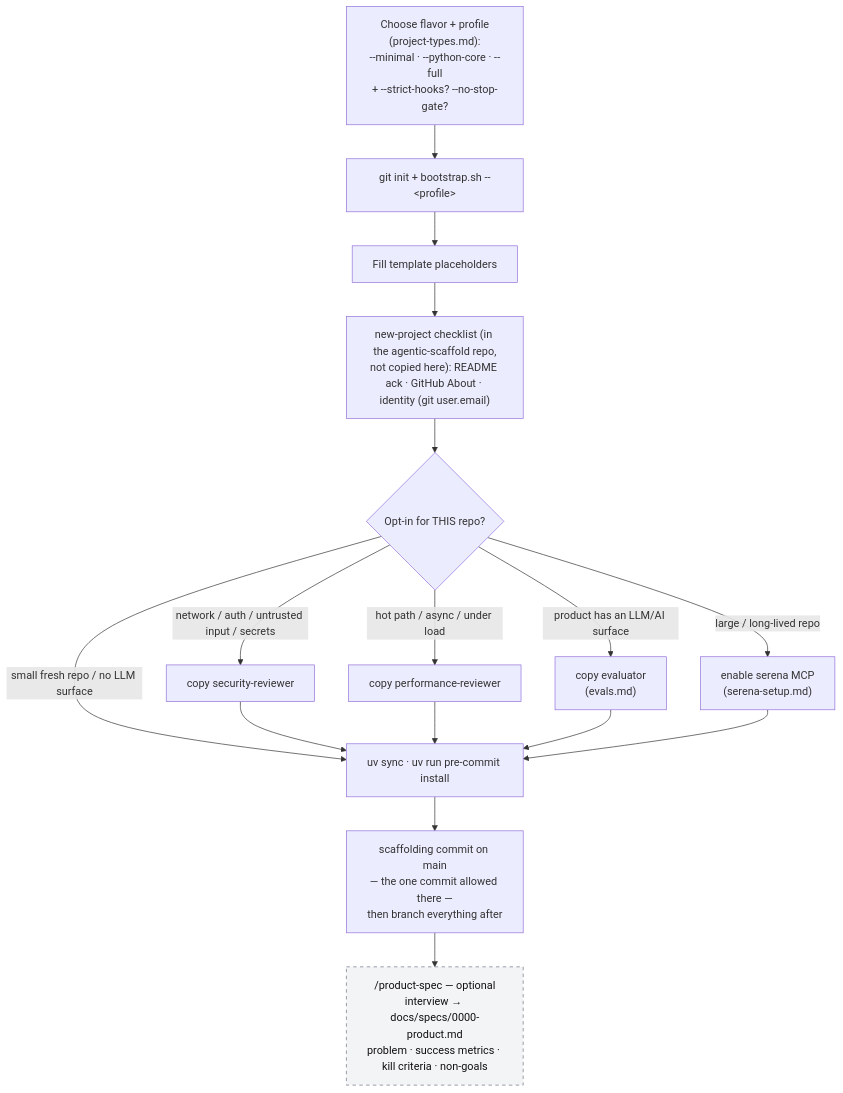
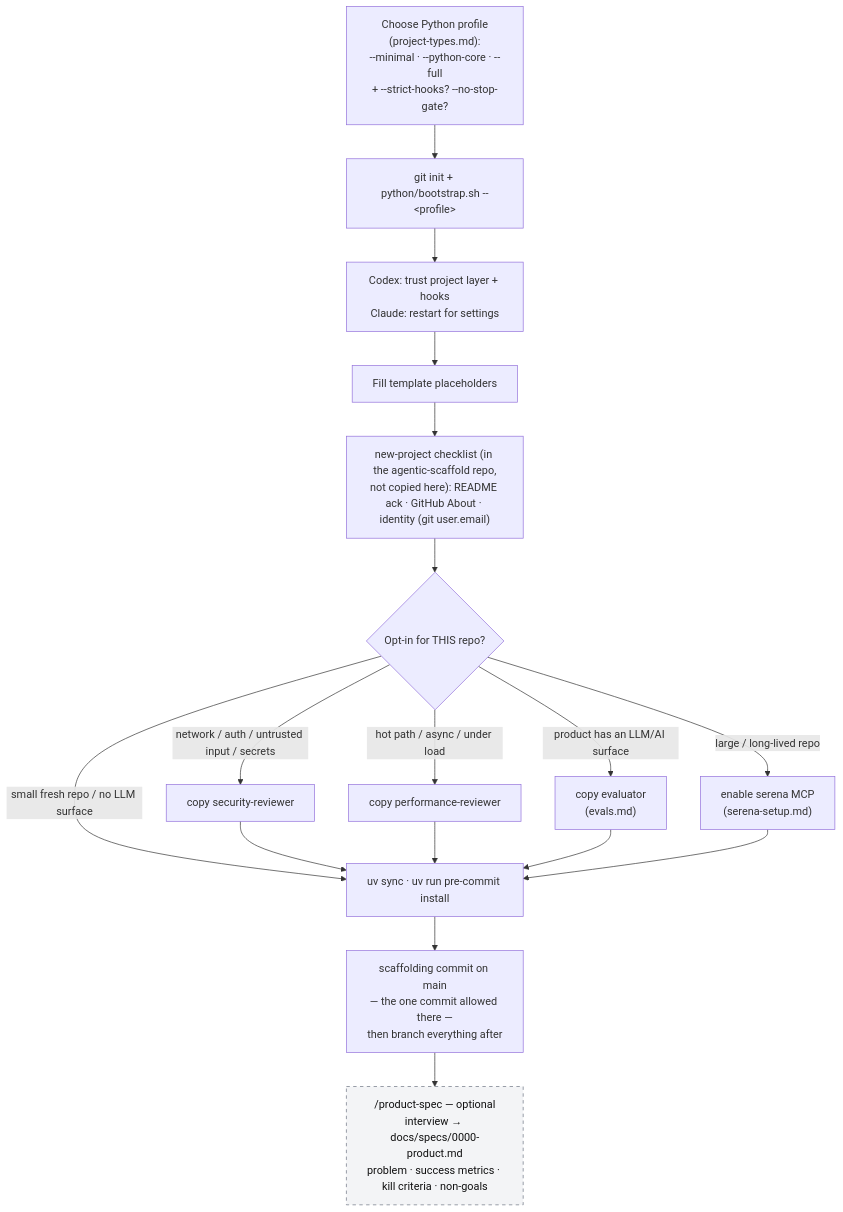
The second of 6 diagrams in python/docs/workflow-diagram.md (bbirkinbine/agentic-scaffold), drawn with Mermaid before and after one commit. The commit also changed other lines of this file and 134 other files, not shown here.

First line of the commit message:
Make the scaffold portable across Claude Code and Codex (#13)

````diff
--- a/python/docs/workflow-diagram.md
+++ b/python/docs/workflow-diagram.md
@@ -71,21 +72,22 @@
 ```mermaid
 flowchart TD
-    A0["Choose flavor + profile<br/>(project-types.md):<br/>--minimal · --python-core · --full<br/>+ --strict-hooks? --no-stop-gate?"] --> A["git init + bootstrap.sh --&lt;profile&gt;"]
-    A --> B["Fill template placeholders"]
+    A0["Choose Python profile<br/>(project-types.md):<br/>--minimal · --python-core · --full<br/>+ --strict-hooks? --no-stop-gate?"] --> A["git init + python/bootstrap.sh --&lt;profile&gt;"]
+    A --> A1["Codex: trust project layer + hooks<br/>Claude: restart for settings"]
+    A1 --> B["Fill template placeholders"]
     B --> C["new-project checklist (in the agentic-scaffold repo,<br/>not copied here): README ack · GitHub About · identity (git user.email)"]
     C --> D{"Opt-in for THIS repo?"}
     D -->|"network / auth / untrusted input / secrets"| D1["copy security-reviewer"]
     D -->|"hot path / async / under load"| D2["copy performance-reviewer"]
     D -->|"product has an LLM/AI surface"| D4["copy evaluator<br/>(evals.md)"]
     D -->|"large / long-lived repo"| D3["enable serena MCP<br/>(serena-setup.md)"]
     D -->|"small fresh repo / no LLM surface"| E
     D1 --> E
     D2 --> E
     D4 --> E
     D3 --> E
     E["uv sync · uv run pre-commit install"] --> F["scaffolding commit on main<br/>— the one commit allowed there —<br/>then branch everything after"]
     F --> G["/product-spec — optional<br/>interview → docs/specs/0000-product.md<br/>problem · success metrics · kill criteria · non-goals"]
 
     classDef optional fill:#f3f4f6,stroke:#6b7280,color:#111,stroke-dasharray: 5 5;
     class G optional;
 ```
````
